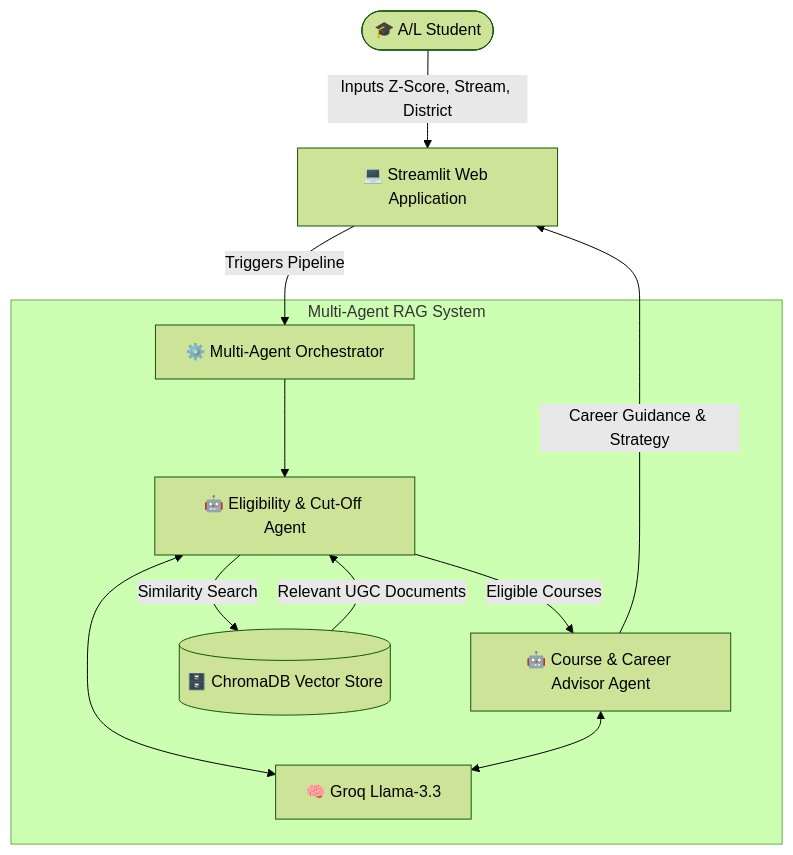
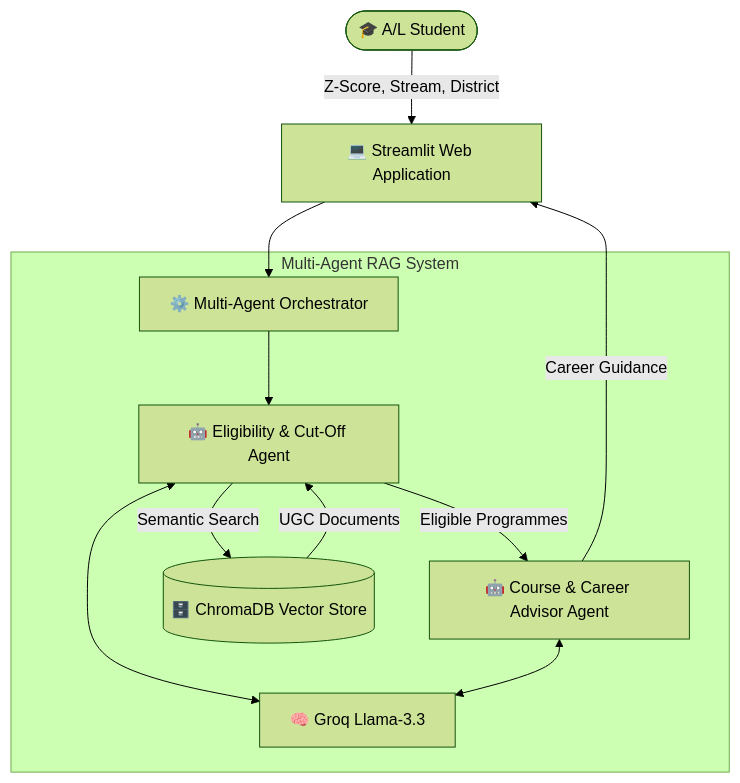
One commit to dilsharadissanayake0-dev/LankaCampus-Navigator changed the diagram in README.md. Above: the diagram before and after it, drawn with Mermaid (forest theme). The commit also changed other lines of this file, not shown here.

````diff
--- a/README.md
+++ b/README.md
@@ -42,21 +54,33 @@
 ```mermaid
 graph TD
-    User([🎓 A/L Student]) -->|Inputs Z-Score, Stream, District| UI[💻 Streamlit Web Application]
-    UI -->|Triggers Pipeline| AgentPipe[⚙️ Multi-Agent Orchestrator]
 
-    subgraph Multi-Agent RAG System
-        Agent1[🤖 Eligibility & Cut-Off Agent]
-        Agent2[🤖 Course & Career Advisor Agent]
-        VS[(🗄️ ChromaDB Vector Store)]
-        LLM[🧠 Groq Llama-3.3]
+User([🎓 A/L Student]) -->|Z-Score, Stream, District| UI[💻 Streamlit Web Application]
 
-        AgentPipe --> Agent1
-        Agent1 -->|Similarity Search| VS
-        VS -->|Relevant UGC Documents| Agent1
-        Agent1 -->|Eligible Courses| Agent2
-        Agent1 <--> LLM
-        Agent2 <--> LLM
-    end
+UI --> AgentPipe[⚙️ Multi-Agent Orchestrator]
 
-    Agent2 -->|Career Guidance & Strategy| UI
+subgraph Multi-Agent RAG System
+
+Agent1[🤖 Eligibility & Cut-Off Agent]
+
+Agent2[🤖 Course & Career Advisor Agent]
+
+VS[(🗄️ ChromaDB Vector Store)]
+
+LLM[🧠 Groq Llama-3.3]
+
+AgentPipe --> Agent1
+
+Agent1 -->|Semantic Search| VS
+
+VS -->|UGC Documents| Agent1
+
+Agent1 -->|Eligible Programmes| Agent2
+
+Agent1 <--> LLM
+
+Agent2 <--> LLM
+
+end
+
+Agent2 -->|Career Guidance| UI
 ```
````
